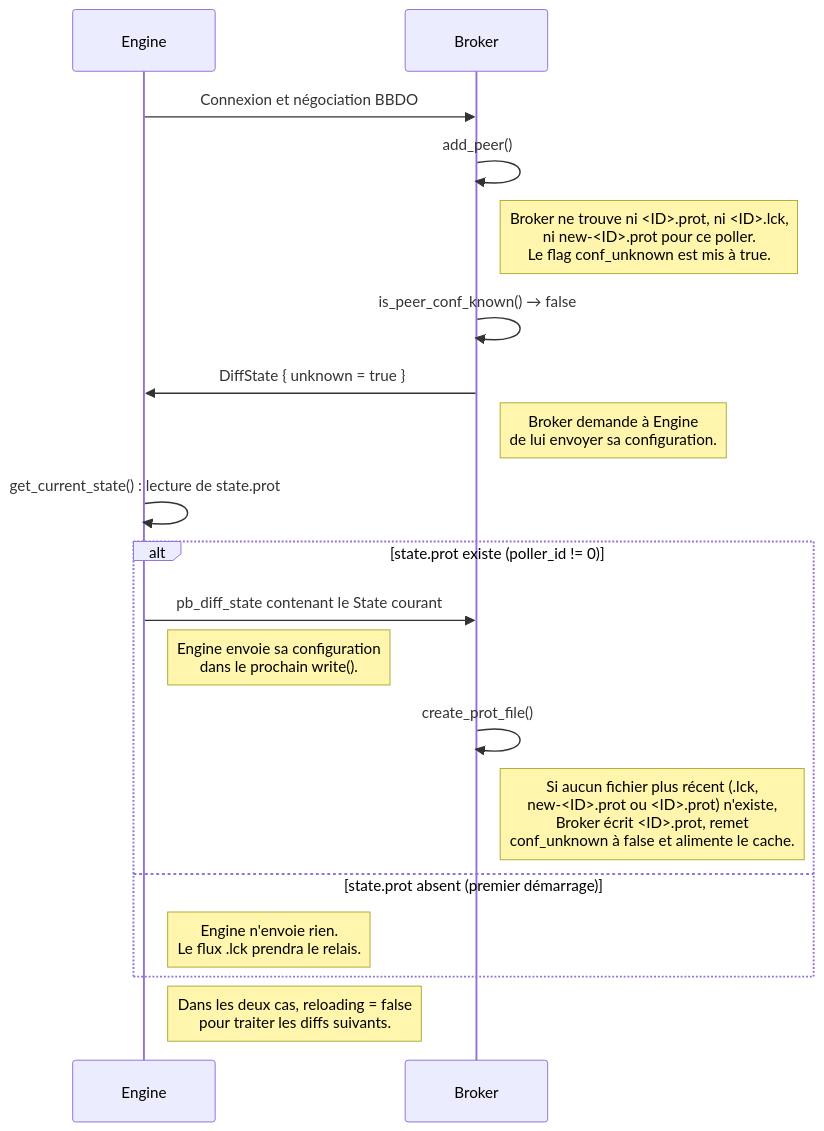
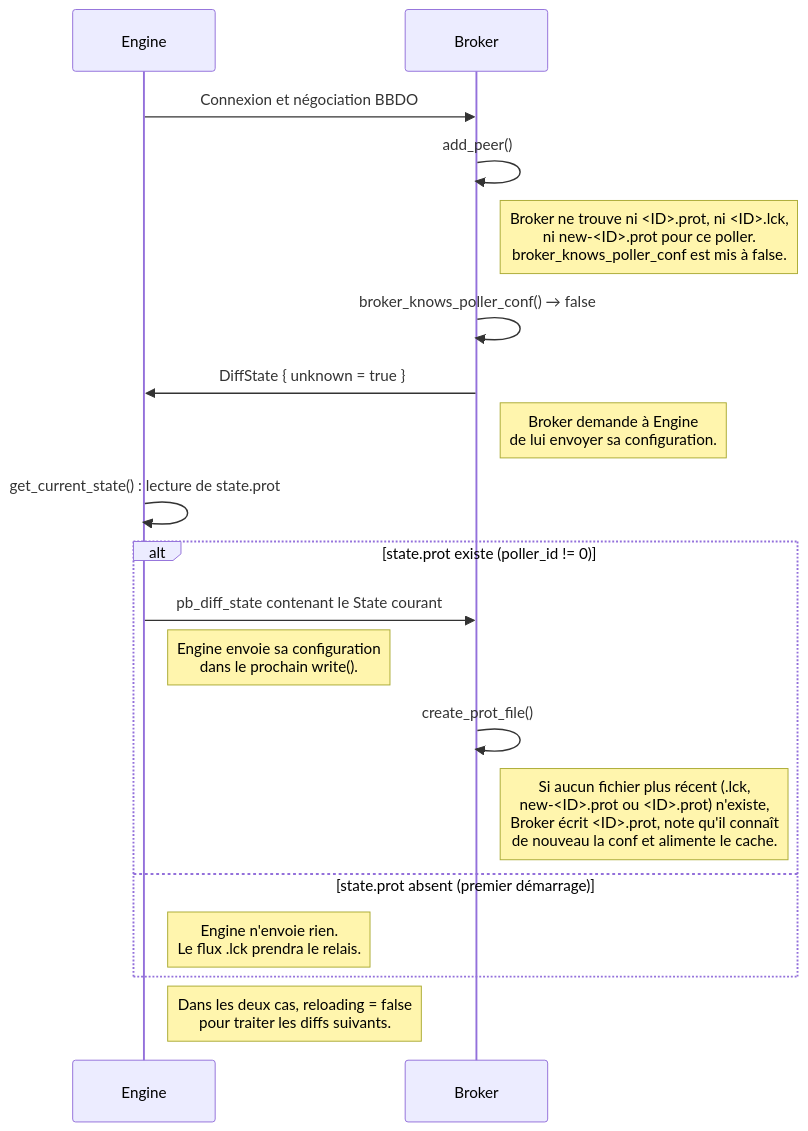
Diagram 11 of 44 in doc/nego-engine-broker-fr.md (centreon/centreon-collect), drawn with Mermaid before and after one commit. The commit also changed other lines of this file and 14 other files, not shown here.

````diff
--- a/doc/nego-engine-broker-fr.md
+++ b/doc/nego-engine-broker-fr.md
@@ -1815,22 +1821,22 @@
 ```mermaid
 sequenceDiagram
     participant E as Engine
     participant B as Broker
 
     E ->> B: Connexion et négociation BBDO
     B ->> B: add_peer()
-    note right of B: Broker ne trouve ni <ID>.prot, ni <ID>.lck,<br/>ni new-<ID>.prot pour ce poller.<br/>Le flag conf_unknown est mis à true.
-    B ->> B: is_peer_conf_known() → false
+    note right of B: Broker ne trouve ni <ID>.prot, ni <ID>.lck,<br/>ni new-<ID>.prot pour ce poller.<br/>broker_knows_poller_conf est mis à false.
+    B ->> B: broker_knows_poller_conf() → false
     B ->> E: DiffState { unknown = true }
     note right of B: Broker demande à Engine<br/>de lui envoyer sa configuration.
     E ->> E: get_current_state() : lecture de state.prot
     alt state.prot existe (poller_id != 0)
         E ->> B: pb_diff_state contenant le State courant
         note right of E: Engine envoie sa configuration<br/>dans le prochain write().
         B ->> B: create_prot_file()
-        note right of B: Si aucun fichier plus récent (.lck,<br/>new-<ID>.prot ou <ID>.prot) n'existe,<br/>Broker écrit <ID>.prot, remet<br/>conf_unknown à false et alimente le cache.
+        note right of B: Si aucun fichier plus récent (.lck,<br/>new-<ID>.prot ou <ID>.prot) n'existe,<br/>Broker écrit <ID>.prot, note qu'il connaît<br/>de nouveau la conf et alimente le cache.
     else state.prot absent (premier démarrage)
         note right of E: Engine n'envoie rien.<br/>Le flux .lck prendra le relais.
     end
     note right of E: Dans les deux cas, reloading = false<br/>pour traiter les diffs suivants.
 ```
````
